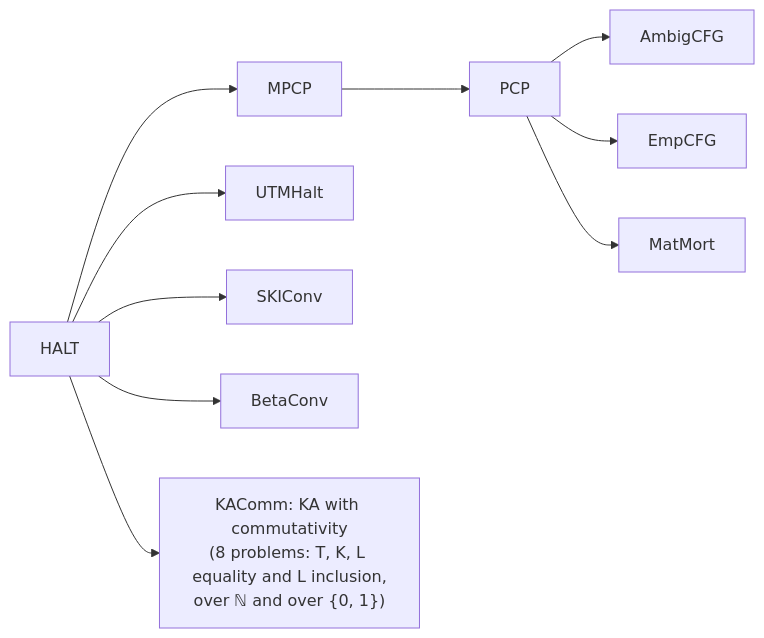
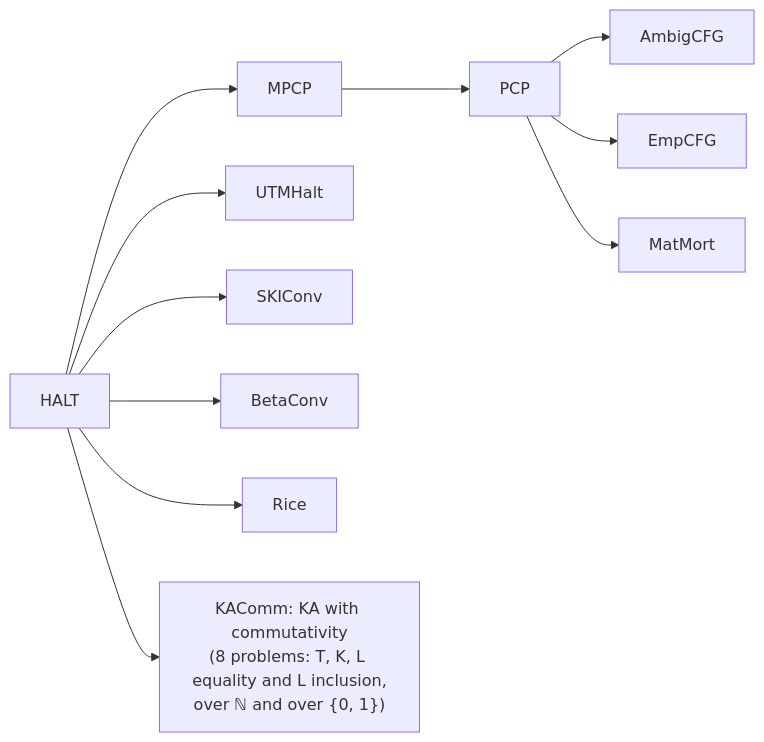
Before and after one commit to DiagonaLean/DiagonaLean: the diagram in README.md, drawn with Mermaid. The commit also changed other lines of this file and 6 other files, not shown here.

````diff
--- a/README.md
+++ b/README.md
@@ -21,11 +21,12 @@
 ```mermaid
 graph LR
   HALT --> MPCP --> PCP
   PCP --> AmbigCFG
   PCP --> EmpCFG
   PCP --> MatMort
   HALT --> UTMHalt
   HALT --> SKIConv
   HALT --> BetaConv
+  HALT --> Rice
   HALT --> KA["KAComm: KA with commutativity<br/>(8 problems: T, K, L equality and L inclusion,<br/>over ℕ and over {0, 1})"]
 ```
````
